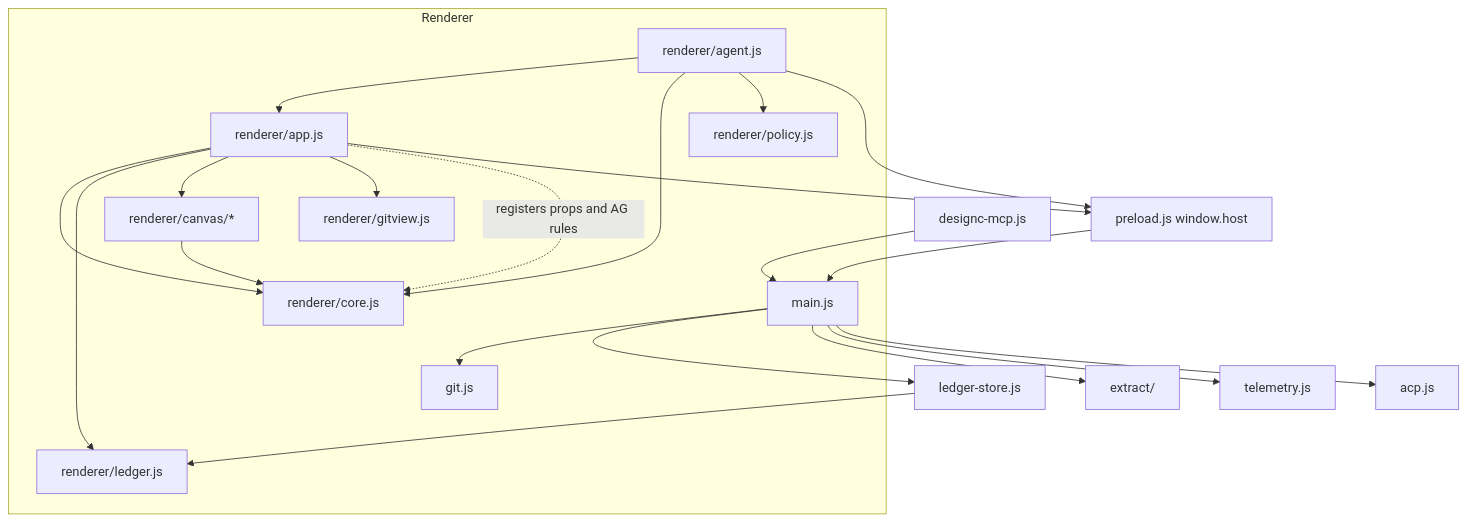
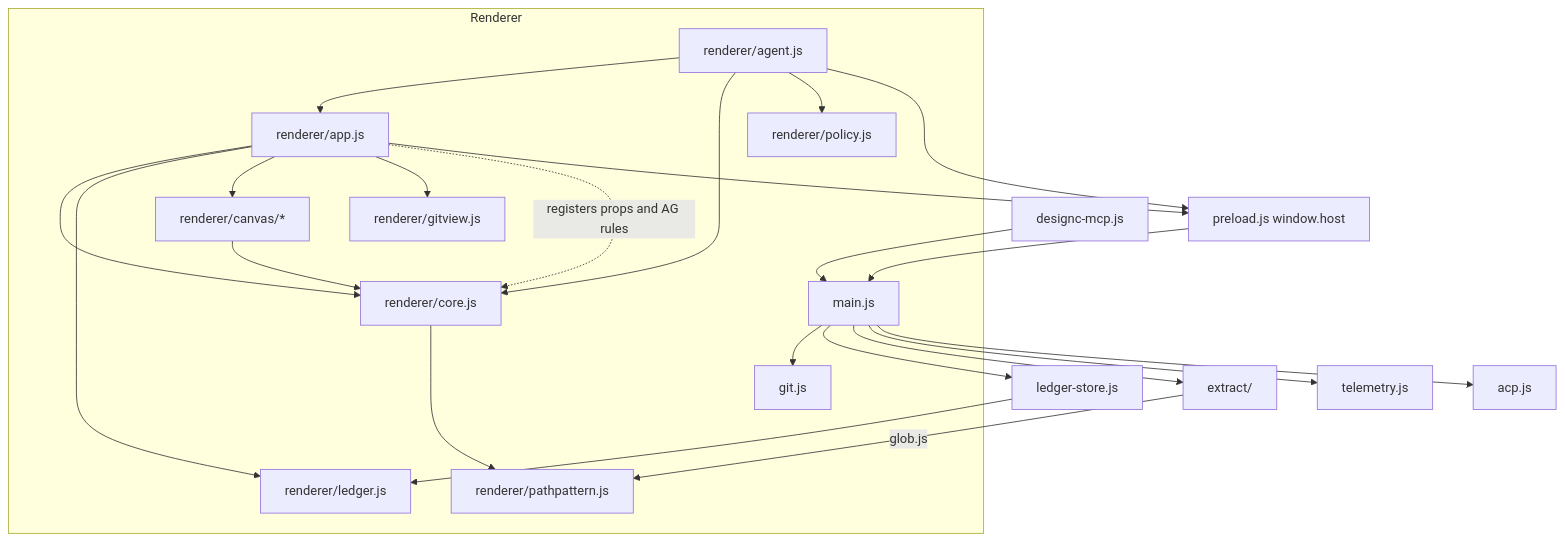
The second of 2 diagrams in ARCHITECTURE.md (xMikeTR/designc), drawn with Mermaid before and after one commit. The commit also changed other lines of this file and 3 other files, not shown here.

````diff
--- a/ARCHITECTURE.md
+++ b/ARCHITECTURE.md
@@ -101,24 +102,26 @@
 ```mermaid
 graph TD
   subgraph Renderer
     app[renderer/app.js] --> core[renderer/core.js]
     app --> ledger[renderer/ledger.js]
     app --> canvas[renderer/canvas/*]
     agent[renderer/agent.js] --> app
     agent --> core
     agent --> policy[renderer/policy.js]
     main --> gitmod[git.js]
     app --> gitview[renderer/gitview.js]
     canvas --> core
+    core --> pp[renderer/pathpattern.js]
     app -. registers props and AG rules .-> core
   end
   app --> host[preload.js window.host]
   agent --> host
   host --> main[main.js]
   main --> store[ledger-store.js]
   store --> ledger
   main --> extract[extract/]
+  extract -->|glob.js| pp
   main --> telemetry[telemetry.js]
   main --> acp[acp.js]
   mcp[designc-mcp.js] --> main
 ```
````
